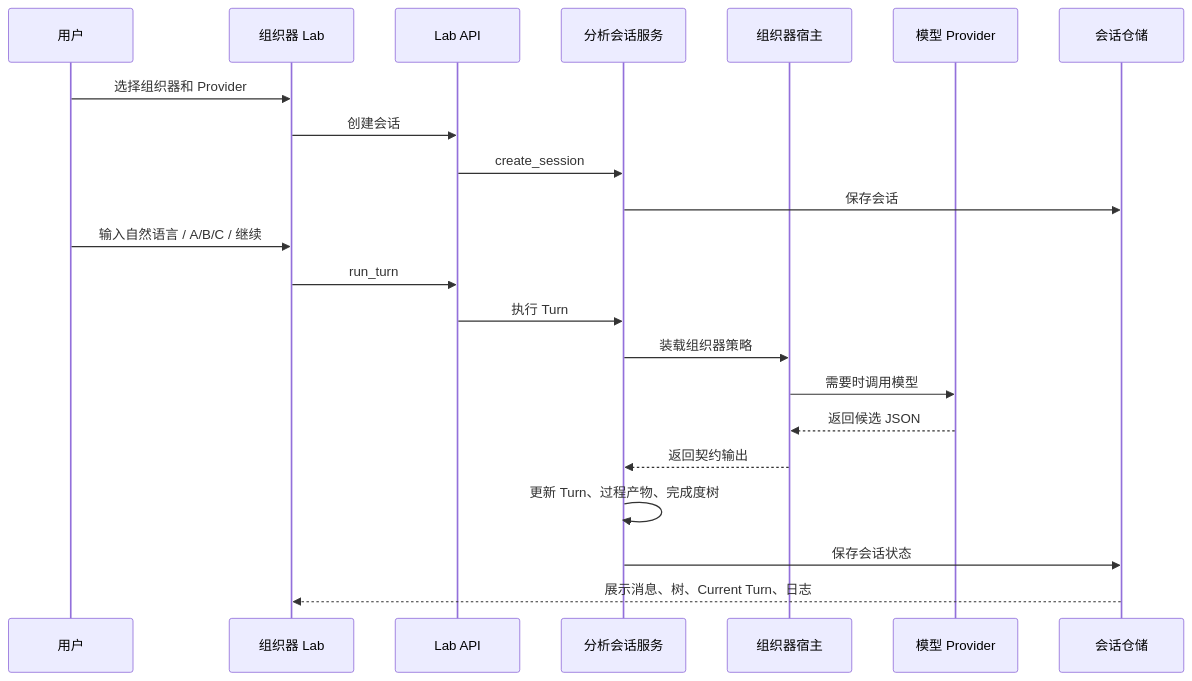
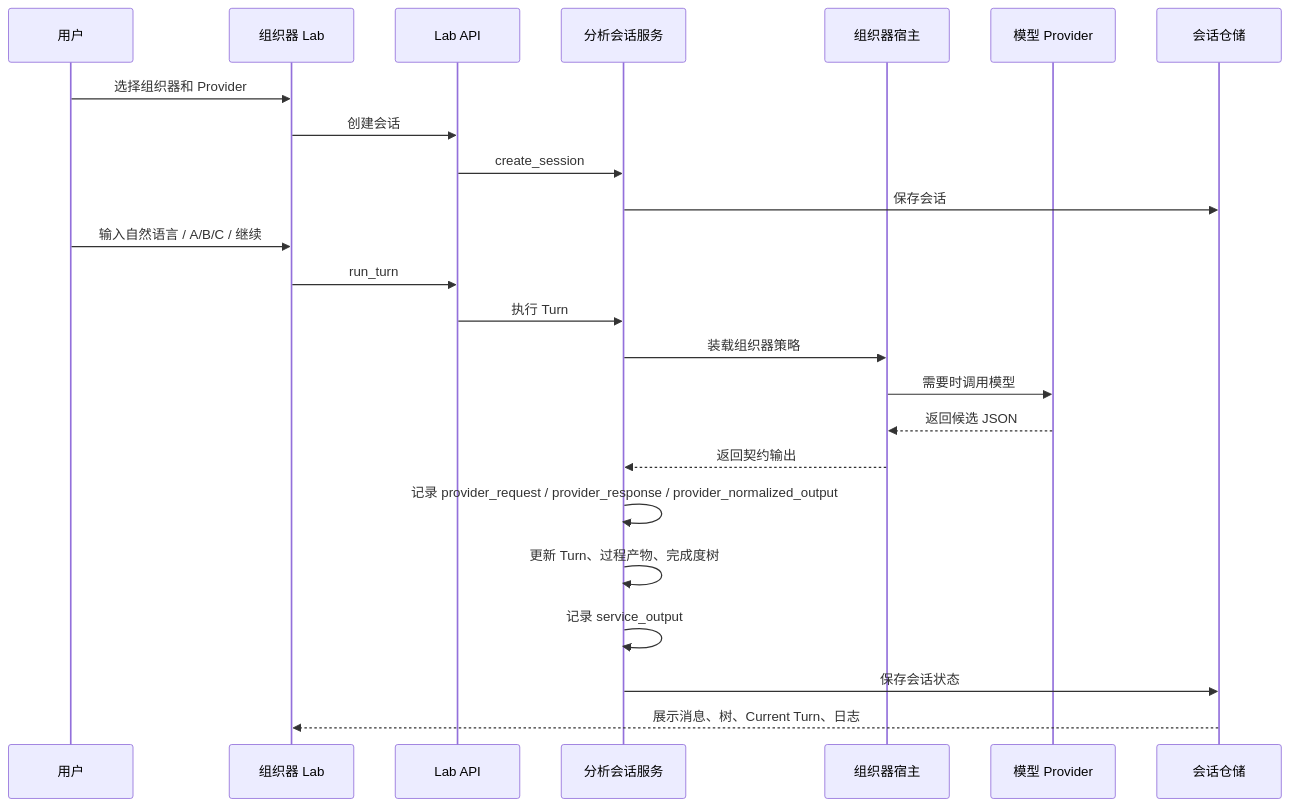
One commit to wgwtest/CodeFactoryV2 changed the tenth of 10 diagrams in DOC/CODEX_DOC/02_设计说明/P2_需求分析系统/P2-需求分析系统设计.md. Above: the diagram before and after it, drawn with Mermaid. The commit also changed other lines of this file and 9 other files, not shown here.

````diff
--- a/DOC/CODEX_DOC/02_设计说明/P2_需求分析系统/P2-需求分析系统设计.md
+++ b/DOC/CODEX_DOC/02_设计说明/P2_需求分析系统/P2-需求分析系统设计.md
@@ -1484,25 +1561,27 @@
 ```mermaid
 sequenceDiagram
   participant User as 用户
   participant Lab as 组织器 Lab
   participant API as Lab API
   participant Session as 分析会话服务
   participant Host as 组织器宿主
   participant Provider as 模型 Provider
   participant Store as 会话仓储
 
   User->>Lab: 选择组织器和 Provider
   Lab->>API: 创建会话
   API->>Session: create_session
   Session->>Store: 保存会话
   User->>Lab: 输入自然语言 / A/B/C / 继续
   Lab->>API: run_turn
   API->>Session: 执行 Turn
   Session->>Host: 装载组织器策略
   Host->>Provider: 需要时调用模型
   Provider-->>Host: 返回候选 JSON
   Host-->>Session: 返回契约输出
+  Session->>Session: 记录 provider_request / provider_response / provider_normalized_output
   Session->>Session: 更新 Turn、过程产物、完成度树
+  Session->>Session: 记录 service_output
   Session->>Store: 保存会话状态
   Store-->>Lab: 展示消息、树、Current Turn、日志
 ```
````
